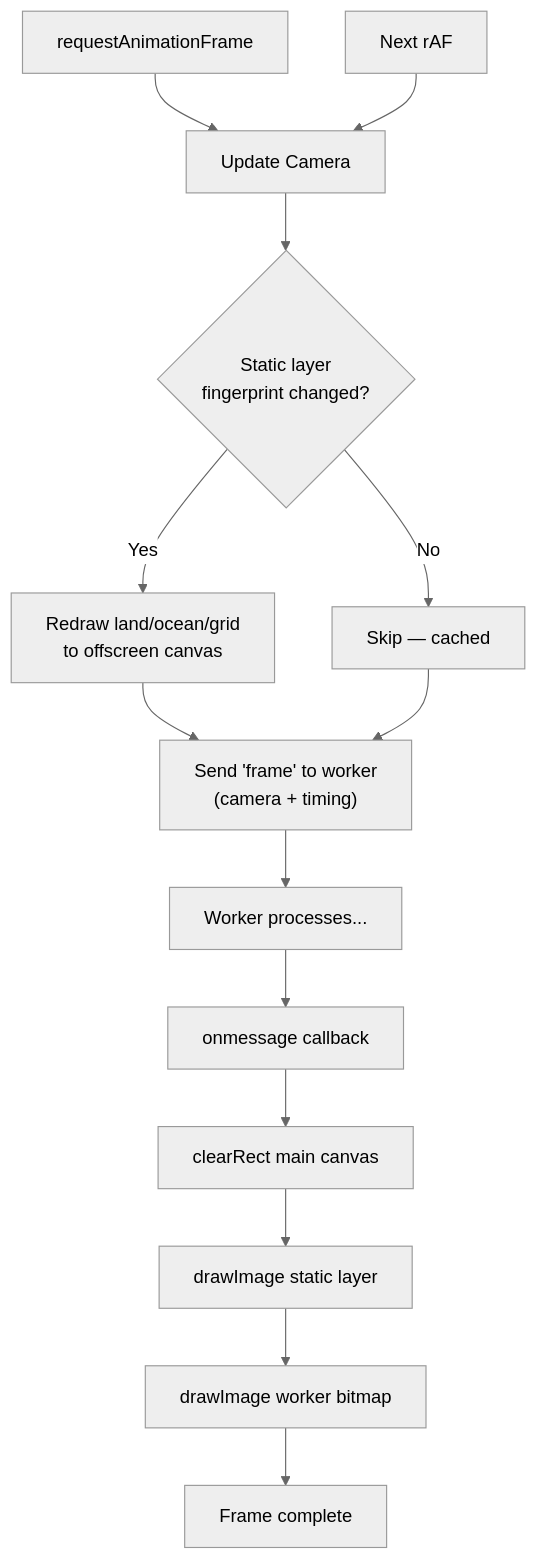
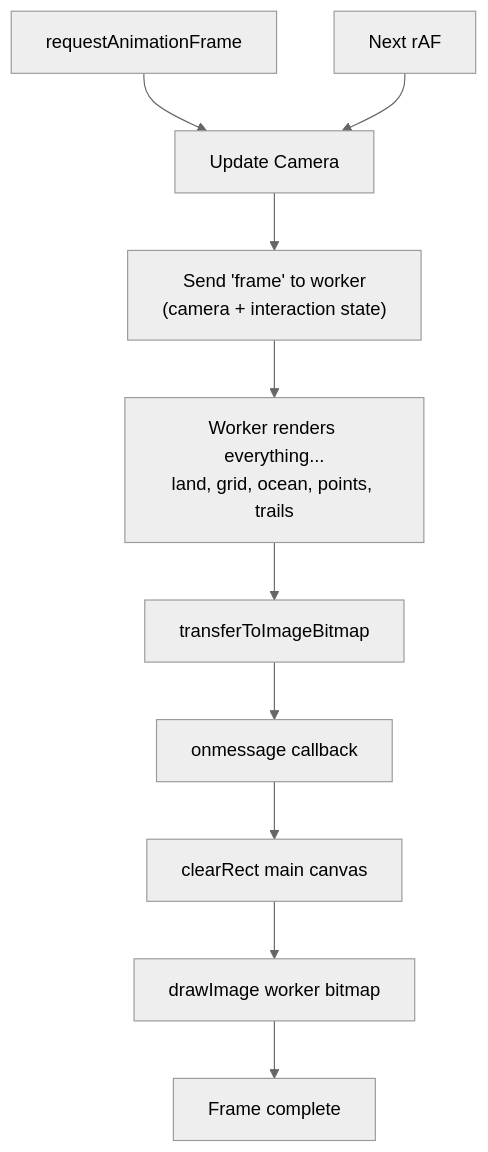
The third of 3 diagrams in docs/rendering.md (iiTONELOC/sigint), drawn with Mermaid (neutral theme) before and after one commit. The commit also changed other lines of this file and 4 other files, not shown here.

````diff
--- a/docs/rendering.md
+++ b/docs/rendering.md
@@ -120,17 +121,12 @@
 ```mermaid
 flowchart TD
     RAF["requestAnimationFrame"] --> CAM["Update Camera"]
-    CAM --> FP{"Static layer<br/>fingerprint changed?"}
-    FP -->|Yes| REDRAW["Redraw land/ocean/grid<br/>to offscreen canvas"]
-    FP -->|No| SKIP["Skip — cached"]
-    REDRAW --> SEND
-    SKIP --> SEND
-    SEND["Send 'frame' to worker<br/>(camera + timing)"]
-    SEND --> WAIT["Worker processes..."]
-    WAIT --> MSG["onmessage callback"]
+    CAM --> SEND["Send 'frame' to worker<br/>(camera + interaction state)"]
+    SEND --> WAIT["Worker renders everything...<br/>land, grid, ocean, points, trails"]
+    WAIT --> BMP["transferToImageBitmap"]
+    BMP --> MSG["onmessage callback"]
     MSG --> CLEAR["clearRect main canvas"]
-    CLEAR --> BLIT1["drawImage static layer"]
-    BLIT1 --> BLIT2["drawImage worker bitmap"]
-    BLIT2 --> DONE["Frame complete"]
+    CLEAR --> BLIT["drawImage worker bitmap"]
+    BLIT --> DONE["Frame complete"]
     RAF2["Next rAF"] --> CAM
 ```
````
